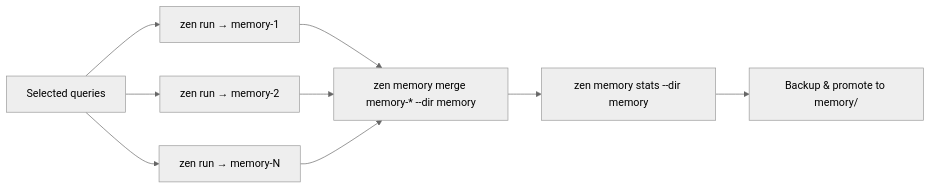
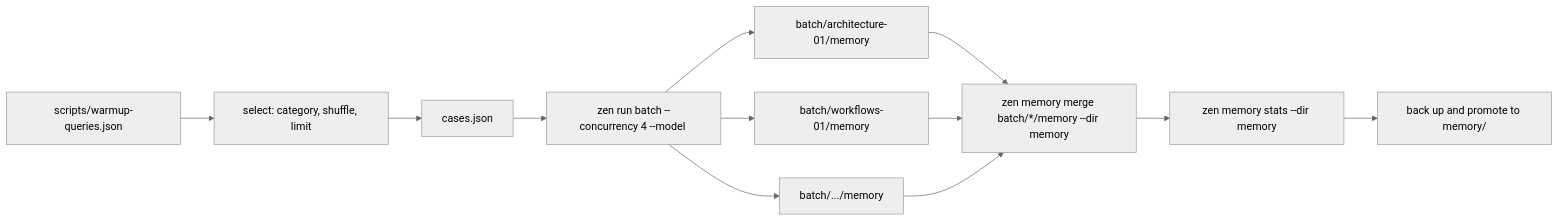
Before and after one commit to andreyryabov/ZeneraNeo: the first of 2 diagrams in packages/cli/templates/editor/.github/skills/zen-memory-warmup/SKILL.md, drawn with Mermaid (neutral theme). The commit also changed other lines of this file and 20 other files, not shown here.

First line of the commit message:
feat: introduce batch processing for parallel runs with read-only memory support

````diff
--- a/packages/cli/templates/editor/.github/skills/zen-memory-warmup/SKILL.md
+++ b/packages/cli/templates/editor/.github/skills/zen-memory-warmup/SKILL.md
@@ -133,11 +129,14 @@
 ```mermaid
 flowchart LR
-    A["Selected queries"] --> B1["zen run → memory-1"]
-    A --> B2["zen run → memory-2"]
-    A --> B3["zen run → memory-N"]
-    B1 --> M["zen memory merge memory-* --dir memory"]
-    B2 --> M
-    B3 --> M
+    Q["scripts/warmup-queries.json"] --> S["select: category, shuffle, limit"]
+    S --> C["cases.json"]
+    C --> B["zen run batch --concurrency 4 --model <flagship>"]
+    B --> I1["batch/architecture-01/memory"]
+    B --> I2["batch/workflows-01/memory"]
+    B --> I3["batch/.../memory"]
+    I1 --> M["zen memory merge batch/*/memory --dir memory"]
+    I2 --> M
+    I3 --> M
     M --> V["zen memory stats --dir memory"]
-    V --> P["Backup & promote to memory/"]
+    V --> P["back up and promote to memory/"]
 ```
````
